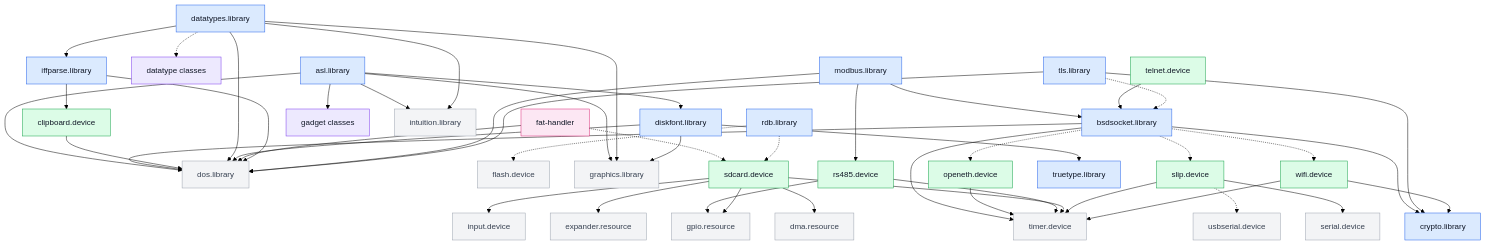
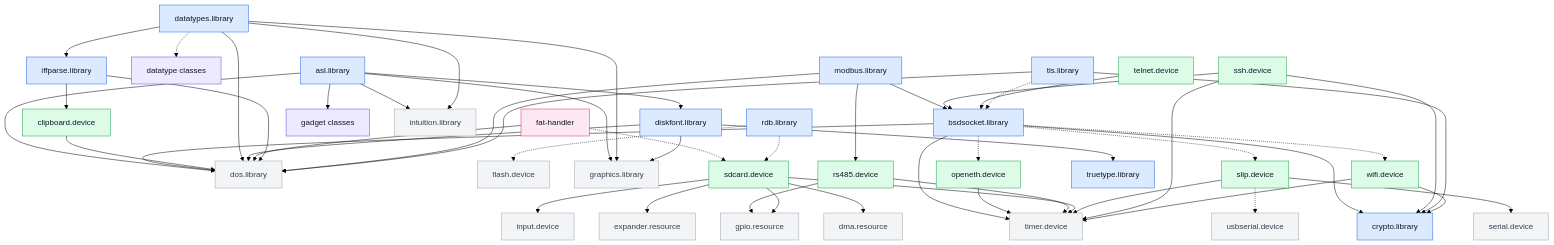
Before and after one commit to cycl0ne/poweros_esp32: the second of 3 diagrams in sdk/docs/modules.md, drawn with Mermaid (forest theme). The commit also changed 17 other files, not shown here.

First line of the commit message:
ssh.device, ShellServer 1.3: a shell over SSH

```diff
--- a/sdk/docs/modules.md
+++ b/sdk/docs/modules.md
@@ -171,6 +171,7 @@
     m_sdcard_device["sdcard.device"]
     m_serial_device["serial.device"]
     m_slip_device["slip.device"]
+    m_ssh_device["ssh.device"]
     m_telnet_device["telnet.device"]
     m_timer_device["timer.device"]
     m_tls_library["tls.library"]
@@ -218,6 +219,9 @@
     m_slip_device --> m_serial_device
     m_slip_device --> m_timer_device
     m_slip_device -.-> m_usbserial_device
+    m_ssh_device --> m_bsdsocket_library
+    m_ssh_device --> m_crypto_library
+    m_ssh_device --> m_timer_device
     m_telnet_device --> m_bsdsocket_library
     m_tls_library -.-> m_bsdsocket_library
     m_tls_library --> m_crypto_library
@@ -228,7 +232,7 @@
     classDef lib fill:#dbeafe,stroke:#2563eb,color:#111827
     class m_asl_library,m_bsdsocket_library,m_crypto_library,m_datatypes_library,m_diskfont_library,m_iffparse_library,m_modbus_library,m_rdb_library,m_tls_library,m_truetype_library lib
     classDef dev fill:#dcfce7,stroke:#16a34a,color:#111827
-    class m_clipboard_device,m_openeth_device,m_rs485_device,m_sdcard_device,m_slip_device,m_telnet_device,m_wifi_device dev
+    class m_clipboard_device,m_openeth_device,m_rs485_device,m_sdcard_device,m_slip_device,m_ssh_device,m_telnet_device,m_wifi_device dev
     classDef hand fill:#fce7f3,stroke:#db2777,color:#111827
     class m_fat_handler hand
     classDef cls fill:#ede9fe,stroke:#7c3aed,color:#111827
```
